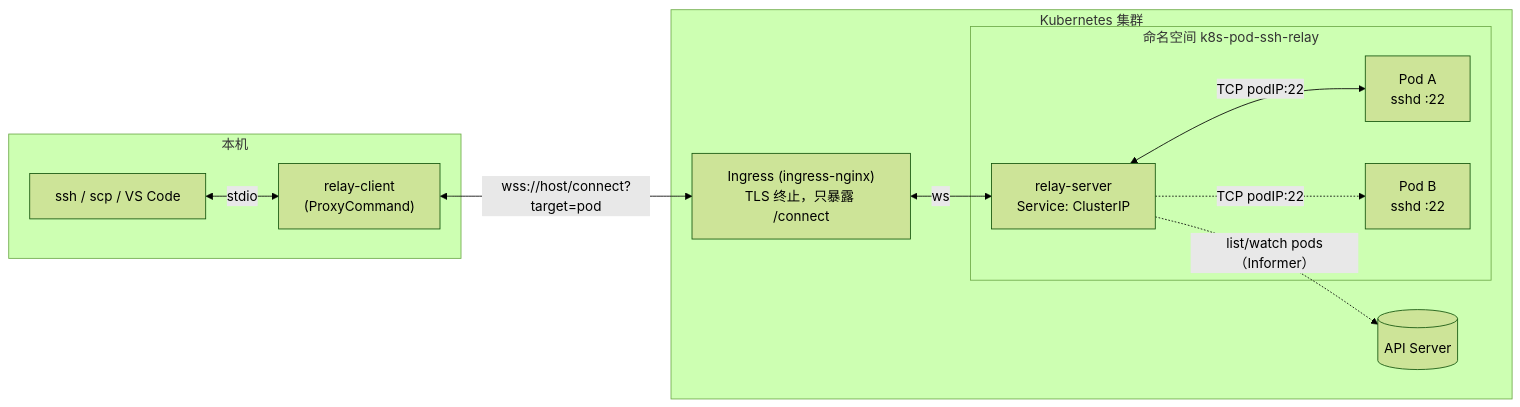
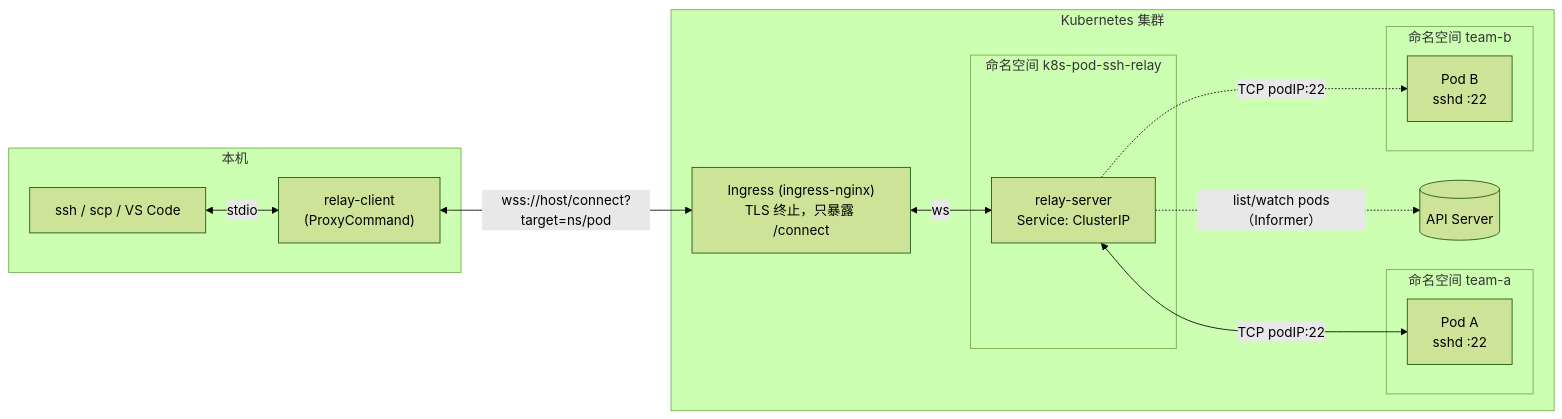
Before and after one commit to fqix/k8s-pod-ssh-relay: the first of 2 diagrams in README.zh-CN.md, drawn with Mermaid (forest theme). The commit also changed other lines of this file and 10 other files, not shown here.

First line of the commit message:
feat!: address target pods as namespace/pod

````diff
--- a/README.zh-CN.md
+++ b/README.zh-CN.md
@@ -21,24 +21,28 @@
 ```mermaid
 flowchart LR
   subgraph local["本机"]
     ssh["ssh / scp / VS Code"]
     client["relay-client<br/>(ProxyCommand)"]
     ssh <-->|stdio| client
   end
 
   subgraph cluster["Kubernetes 集群"]
     api[("API Server")]
     ingress["Ingress (ingress-nginx)<br/>TLS 终止，只暴露 /connect"]
     subgraph ns["命名空间 k8s-pod-ssh-relay"]
       relay["relay-server<br/>Service: ClusterIP"]
+    end
+    subgraph nsA["命名空间 team-a"]
       podA["Pod A<br/>sshd :22"]
+    end
+    subgraph nsB["命名空间 team-b"]
       podB["Pod B<br/>sshd :22"]
     end
   end
 
-  client <-->|"wss://host/connect?target=pod"| ingress
+  client <-->|"wss://host/connect?target=ns/pod"| ingress
   ingress <-->|ws| relay
   relay <-->|"TCP podIP:22"| podA
   relay -. "TCP podIP:22" .-> podB
   relay -. "list/watch pods（Informer）" .-> api
 ```
````
